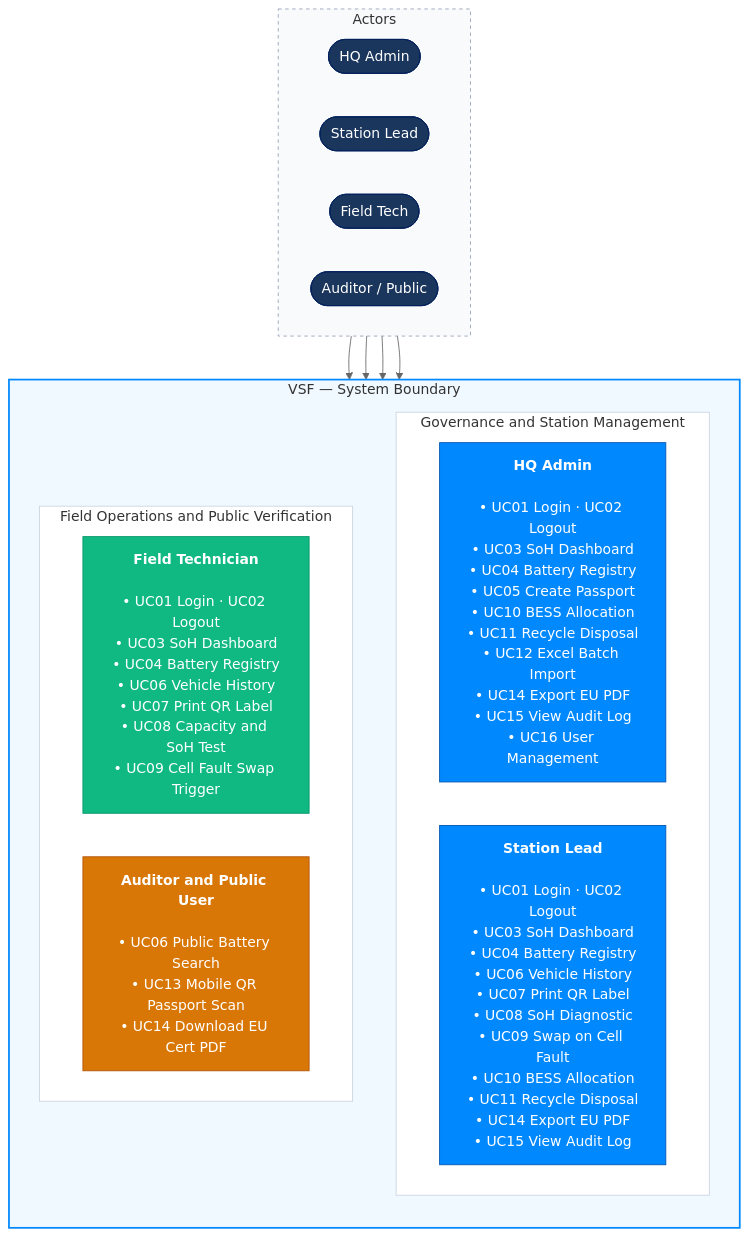
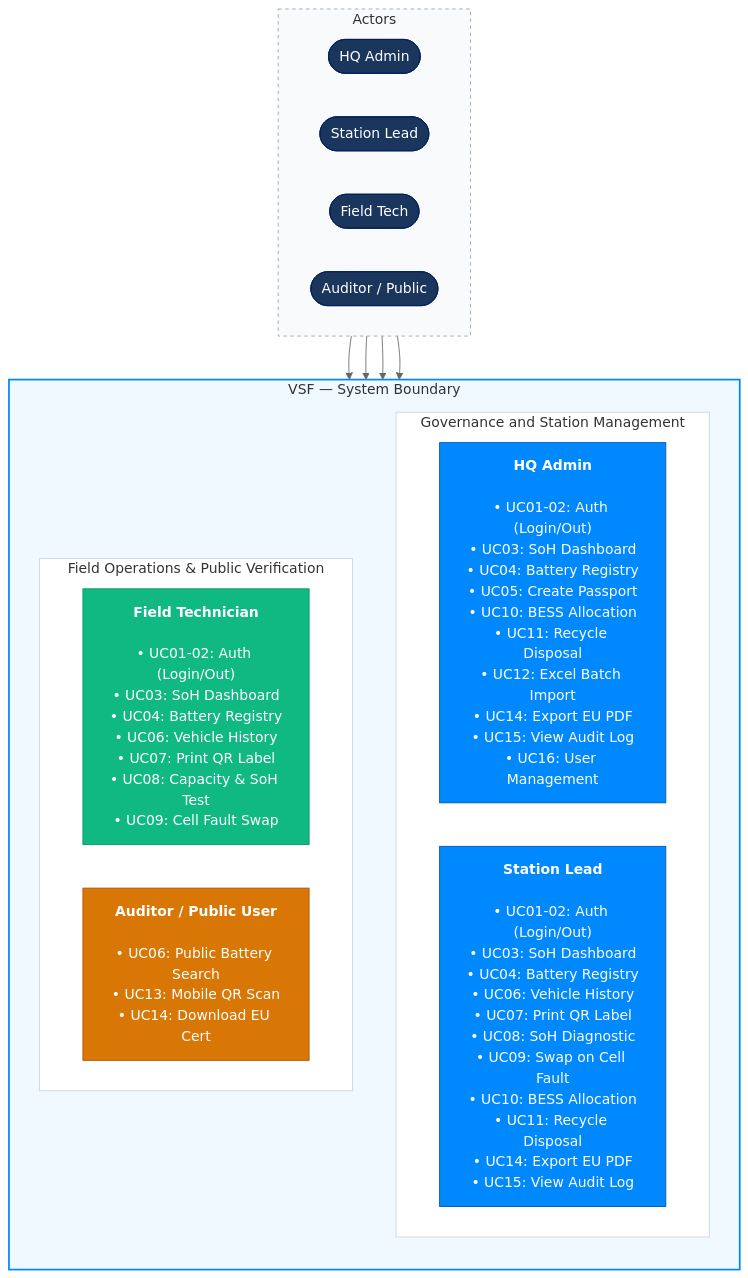
The first of 6 diagrams in README.md (nhatgudboi/VinFast-Battery-Passport-Second-Life-Platform), drawn with Mermaid (neutral theme) before and after one commit. The commit also changed 1 other file, not shown here.

Commit message:
style(use-cases): apply optimized compact English use case diagram

````diff
--- a/README.md
+++ b/README.md
@@ -59,42 +59,47 @@
 ```mermaid
 flowchart TB
     subgraph roles["Actors"]
         direction LR
         admin(["HQ Admin"])
         lead(["Station Lead"])
         tech(["Field Tech"])
         viewer(["Auditor / Public"])
     end
 
     subgraph system["VSF — System Boundary"]
         direction TB
         subgraph row1["Governance and Station Management"]
             direction LR
-            adminBox["<b>HQ Admin</b><br/><br/>• UC01 Login · UC02 Logout<br/>• UC03 SoH Dashboard<br/>• UC04 Battery Registry<br/>• UC05 Create Passport<br/>• UC10 BESS Allocation<br/>• UC11 Recycle Disposal<br/>• UC12 Excel Batch Import<br/>• UC14 Export EU PDF<br/>• UC15 View Audit Log<br/>• UC16 User Management"]
-            leadBox["<b>Station Lead</b><br/><br/>• UC01 Login · UC02 Logout<br/>• UC03 SoH Dashboard<br/>• UC04 Battery Registry<br/>• UC06 Vehicle History<br/>• UC07 Print QR Label<br/>• UC08 SoH Diagnostic<br/>• UC09 Swap on Cell Fault<br/>• UC10 BESS Allocation<br/>• UC11 Recycle Disposal<br/>• UC14 Export EU PDF<br/>• UC15 View Audit Log"]
+            adminBox["<b>HQ Admin</b><br/><br/>• UC01-02: Auth (Login/Out)<br/>• UC03: SoH Dashboard<br/>• UC04: Battery Registry<br/>• UC05: Create Passport<br/>• UC10: BESS Allocation<br/>• UC11: Recycle Disposal<br/>• UC12: Excel Batch Import<br/>• UC14: Export EU PDF<br/>• UC15: View Audit Log<br/>• UC16: User Management"]
+            
+            leadBox["<b>Station Lead</b><br/><br/>• UC01-02: Auth (Login/Out)<br/>• UC03: SoH Dashboard<br/>• UC04: Battery Registry<br/>• UC06: Vehicle History<br/>• UC07: Print QR Label<br/>• UC08: SoH Diagnostic<br/>• UC09: Swap on Cell Fault<br/>• UC10: BESS Allocation<br/>• UC11: Recycle Disposal<br/>• UC14: Export EU PDF<br/>• UC15: View Audit Log"]
         end
-        subgraph row2["Field Operations and Public Verification"]
+        
+        subgraph row2["Field Operations & Public Verification"]
             direction LR
-            techBox["<b>Field Technician</b><br/><br/>• UC01 Login · UC02 Logout<br/>• UC03 SoH Dashboard<br/>• UC04 Battery Registry<br/>• UC06 Vehicle History<br/>• UC07 Print QR Label<br/>• UC08 Capacity and SoH Test<br/>• UC09 Cell Fault Swap Trigger"]
-            viewerBox["<b>Auditor and Public User</b><br/><br/>• UC06 Public Battery Search<br/>• UC13 Mobile QR Passport Scan<br/>• UC14 Download EU Cert PDF"]
+            techBox["<b>Field Technician</b><br/><br/>• UC01-02: Auth (Login/Out)<br/>• UC03: SoH Dashboard<br/>• UC04: Battery Registry<br/>• UC06: Vehicle History<br/>• UC07: Print QR Label<br/>• UC08: Capacity & SoH Test<br/>• UC09: Cell Fault Swap"]
+            
+            viewerBox["<b>Auditor / Public User</b><br/><br/>• UC06: Public Battery Search<br/>• UC13: Mobile QR Scan<br/>• UC14: Download EU Cert"]
         end
     end
 
     admin --> adminBox
     lead --> leadBox
     tech --> techBox
     viewer --> viewerBox
 
     classDef actor fill:#1b365d,color:#fff,stroke:#00205b
     classDef primary fill:#0088ff,color:#fff,stroke:#0055b3
     classDef standard fill:#10b981,color:#fff,stroke:#059669
     classDef publicStyle fill:#d97706,color:#fff,stroke:#b45309
+    
     class admin,lead,tech,viewer actor
     class adminBox,leadBox primary
     class techBox standard
     class viewerBox publicStyle
+    
     style roles fill:#f8fafc,stroke:#94a3b8,stroke-dasharray: 4 4
     style system fill:#f0f9ff,stroke:#0088ff,stroke-width:2px
     style row1 fill:#ffffff,stroke:#cbd5e1,stroke-width:1px
     style row2 fill:#ffffff,stroke:#cbd5e1,stroke-width:1px
 ```
````
